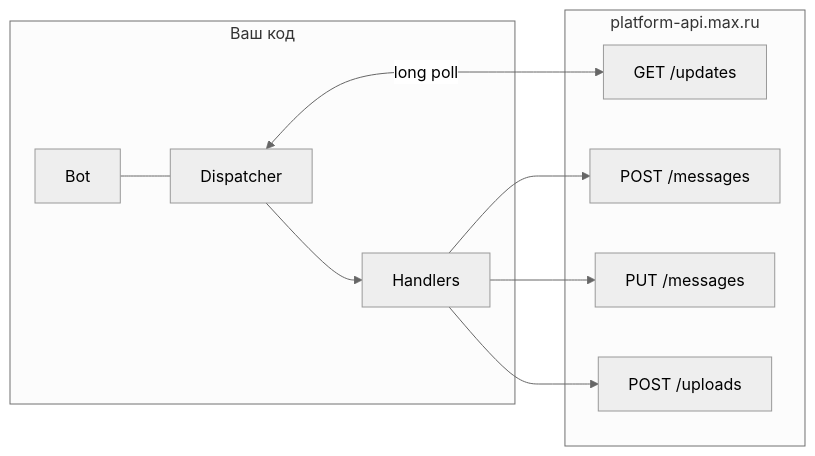
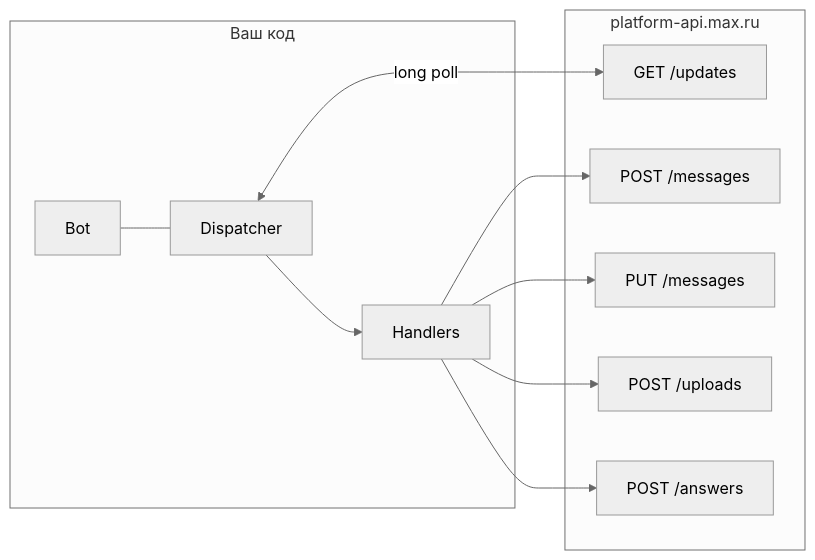
Before and after one commit to KachalichMaxim/For_wb_bot: the diagram in MAX_BOT_ARCHITECTURE.md, drawn with Mermaid (neutral theme). The commit also changed other lines of this file and 1 other file, not shown here.

First line of the commit message:
Speed up order list images: parallel prefetch, disable post-media sleep; refresh MAX arch doc

````diff
--- a/MAX_BOT_ARCHITECTURE.md
+++ b/MAX_BOT_ARCHITECTURE.md
@@ -25,20 +27,22 @@
 ```mermaid
 flowchart LR
   subgraph client [Ваш код]
     Bot[Bot]
     DP[Dispatcher]
     H[Handlers]
     Bot --- DP
     DP --> H
   end
   subgraph api [platform-api.max.ru]
     UPD["GET /updates"]
     MSG["POST /messages"]
     EMSG["PUT /messages"]
     UPL["POST /uploads"]
+    ANS["POST /answers"]
   end
   DP <-->|long poll| UPD
   H --> MSG
   H --> EMSG
   H --> UPL
+  H --> ANS
 ```
````
